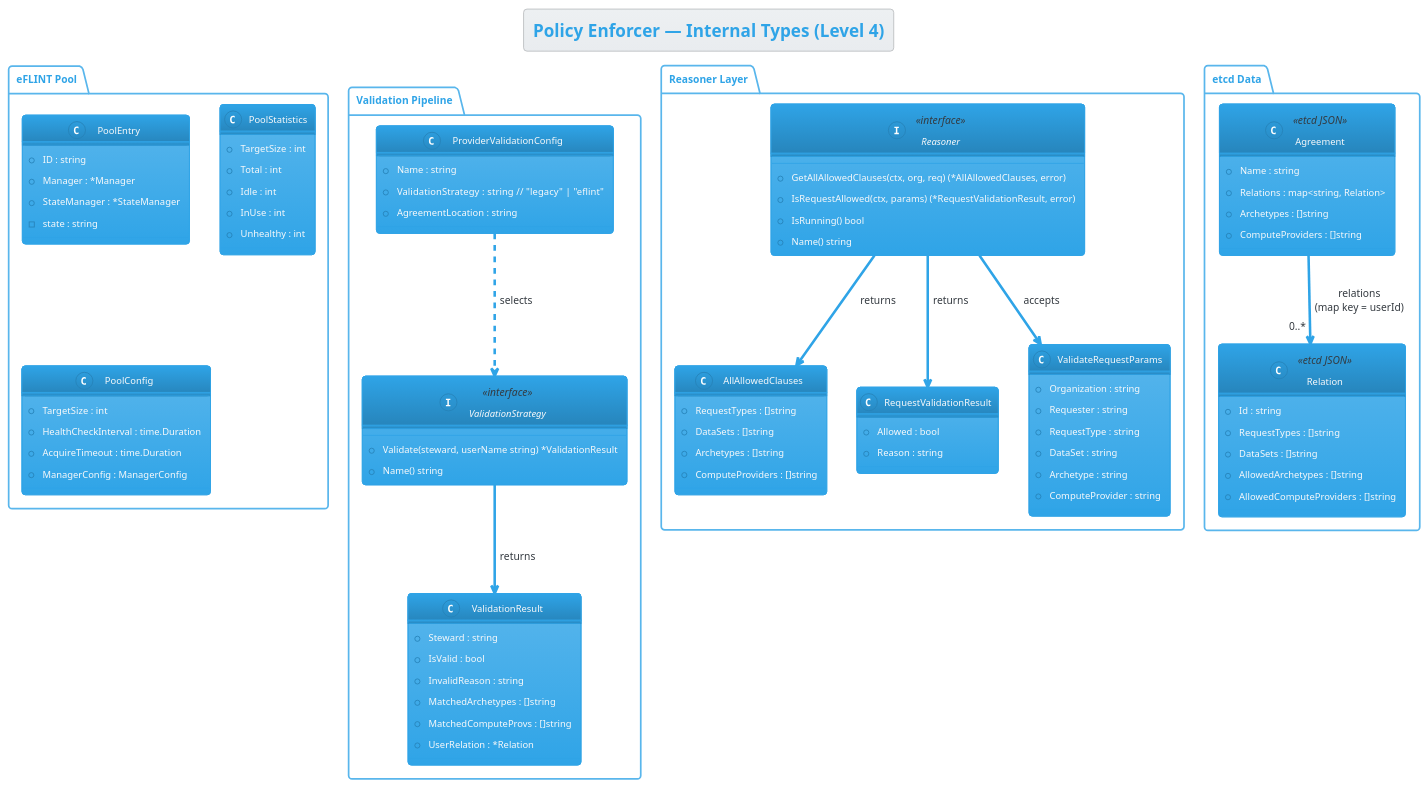
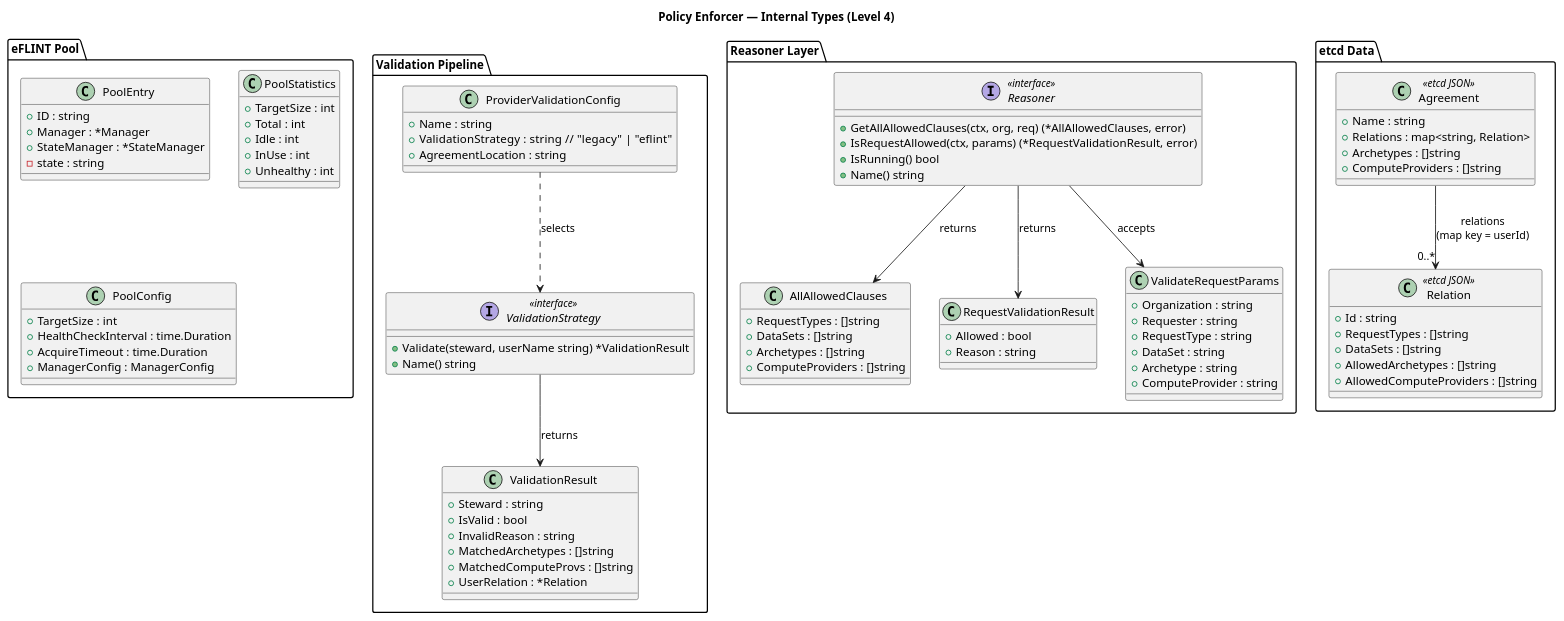
The seventh of 8 diagrams in docs/diagrams/request_approval_c4.md (DYNAMOS-UVA/DYNAMOS-eflint), drawn with PlantUML before and after one commit. The commit also changed other lines of this file and 70 other files, not shown here.

Commit message:
Updating diagrams

````diff
--- a/docs/diagrams/request_approval_c4.md
+++ b/docs/diagrams/request_approval_c4.md
@@ -397,6 +396,5 @@
 ```plantuml
 @startuml C4_Level4_PE_Types
-!theme cerulean
 
 title Policy Enforcer — Internal Types (Level 4)
 
````
